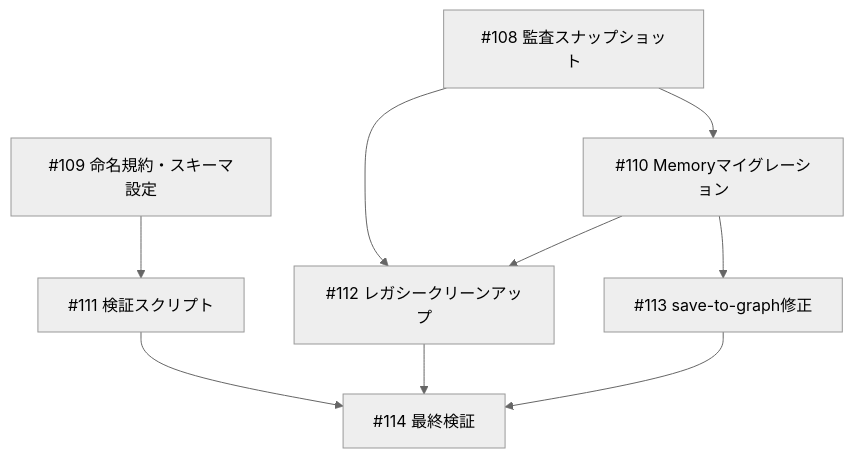
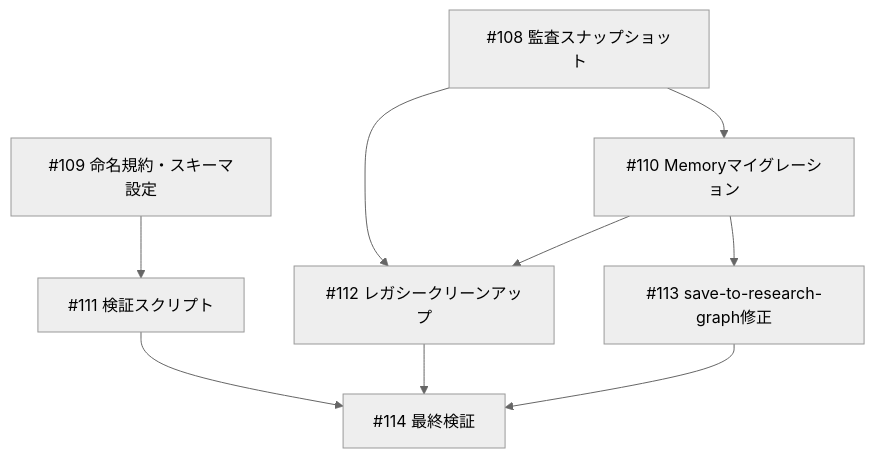
Before and after one commit to YH-05/note-finance: the diagram in docs/project/project-12/project.md, drawn with Mermaid (neutral theme). The commit also changed other lines of this file and 222 other files, not shown here.

First line of the commit message:
refactor: save-to-graph → save-to-research-graph リネーム、data_pipeline Layer0追加、career_sister週次更新

````diff
--- a/docs/project/project-12/project.md
+++ b/docs/project/project-12/project.md
@@ -133,11 +133,11 @@
 ```mermaid
 graph TD
     A[#108 監査スナップショット] --> C[#110 Memoryマイグレーション]
     A --> E[#112 レガシークリーンアップ]
     B[#109 命名規約・スキーマ設定] --> D[#111 検証スクリプト]
     C --> E
-    C --> F[#113 save-to-graph修正]
+    C --> F[#113 save-to-research-graph修正]
     D --> G[#114 最終検証]
     E --> G
     F --> G
 ```
````
